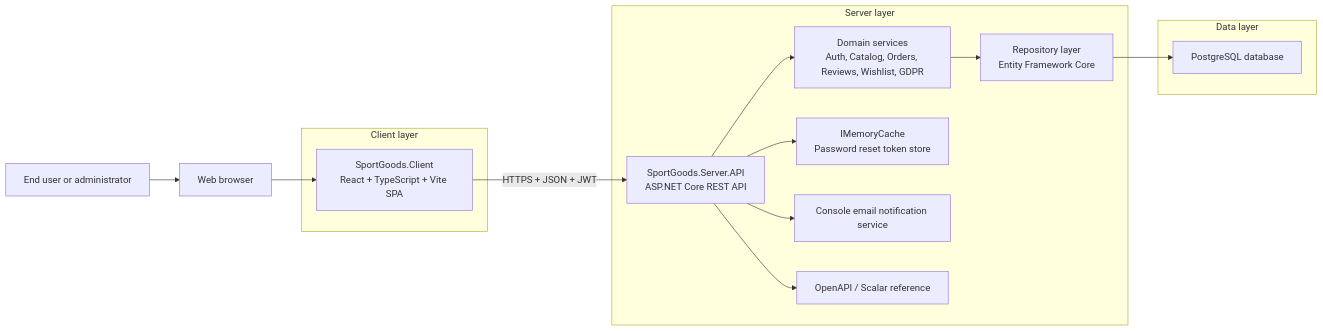
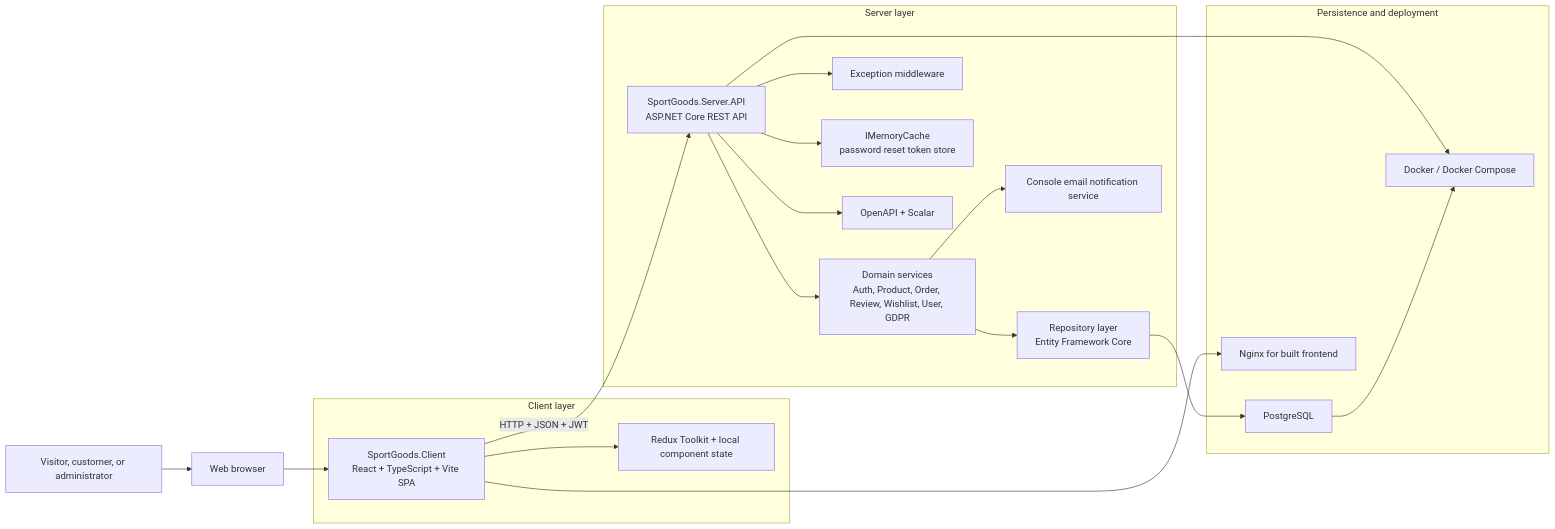
Before and after one commit to IvanovvAlex/SportGoods.Client: the first of 5 diagrams in docs/ProjectDocumentation.en.md, drawn with Mermaid. The commit also changed other lines of this file and 3 other files, not shown here.

````diff
--- a/docs/ProjectDocumentation.en.md
+++ b/docs/ProjectDocumentation.en.md
@@ -64,30 +75,39 @@
 ```mermaid
 flowchart LR
-    User["End user or administrator"] --> Browser["Web browser"]
+    User["Visitor, customer, or administrator"] --> Browser["Web browser"]
 
-    subgraph ClientLayer["Client layer"]
-        Client["SportGoods.Client<br/>React + TypeScript + Vite SPA"]
+    subgraph Client["Client layer"]
+        SPA["SportGoods.Client<br/>React + TypeScript + Vite SPA"]
+        Redux["Redux Toolkit + local component state"]
     end
 
-    subgraph ServerLayer["Server layer"]
-        Api["SportGoods.Server.API<br/>ASP.NET Core REST API"]
-        Services["Domain services<br/>Auth, Catalog, Orders, Reviews, Wishlist, GDPR"]
-        Repo["Repository layer<br/>Entity Framework Core"]
-        Cache["IMemoryCache<br/>Password reset token store"]
-        Email["Console email notification service"]
-        Docs["OpenAPI / Scalar reference"]
+    subgraph Server["Server layer"]
+        API["SportGoods.Server.API<br/>ASP.NET Core REST API"]
+        Domain["Domain services<br/>Auth, Product, Order, Review, Wishlist, User, GDPR"]
+        Repos["Repository layer<br/>Entity Framework Core"]
+        Middleware["Exception middleware"]
+        Cache["IMemoryCache<br/>password reset token store"]
+        Notify["Console email notification service"]
+        Docs["OpenAPI + Scalar"]
     end
 
-    subgraph DataLayer["Data layer"]
-        Db["PostgreSQL database"]
+    subgraph Data["Persistence and deployment"]
+        DB["PostgreSQL"]
+        Docker["Docker / Docker Compose"]
+        Nginx["Nginx for built frontend"]
     end
 
-    Browser --> Client
-    Client -->|"HTTPS + JSON + JWT"| Api
-    Api --> Services
-    Services --> Repo
-    Repo --> Db
-    Api --> Cache
-    Api --> Email
-    Api --> Docs
+    Browser --> SPA
+    SPA --> Redux
+    SPA -->|"HTTP + JSON + JWT"| API
+    API --> Middleware
+    API --> Domain
+    Domain --> Repos
+    Repos --> DB
+    API --> Cache
+    Domain --> Notify
+    API --> Docs
+    SPA --> Nginx
+    API --> Docker
+    DB --> Docker
 ```
````
